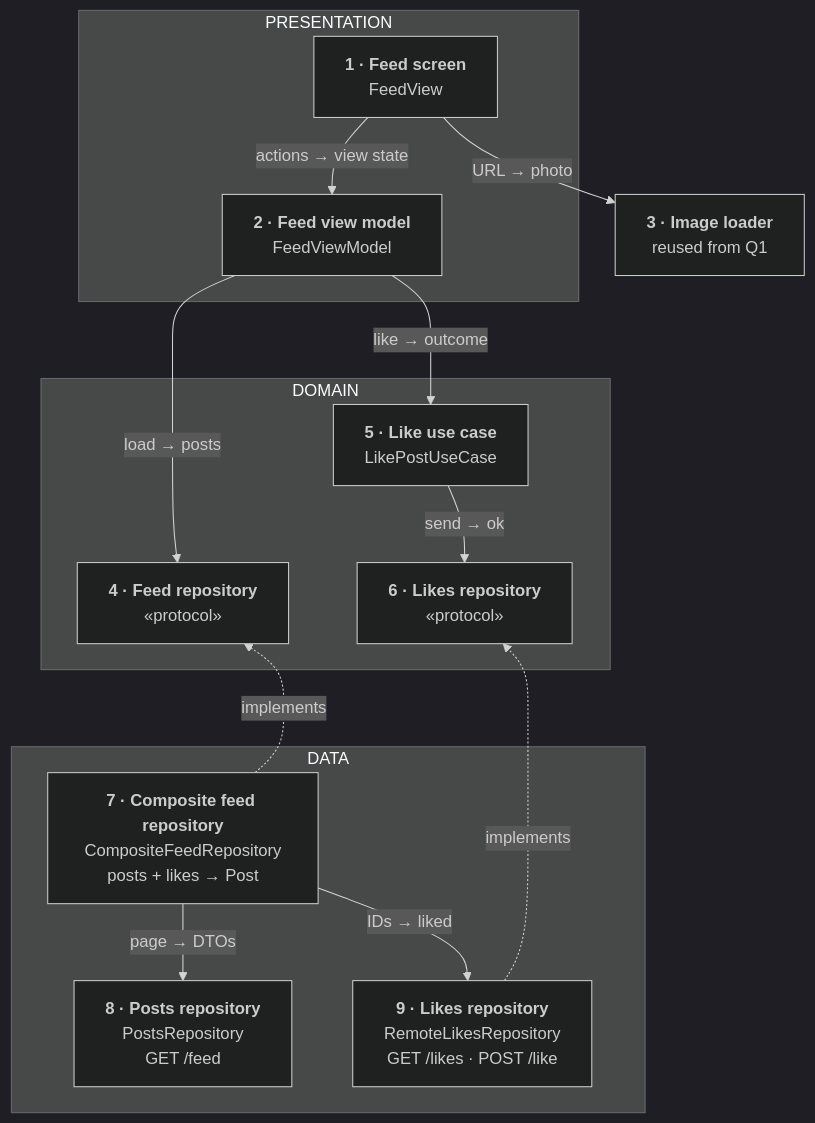
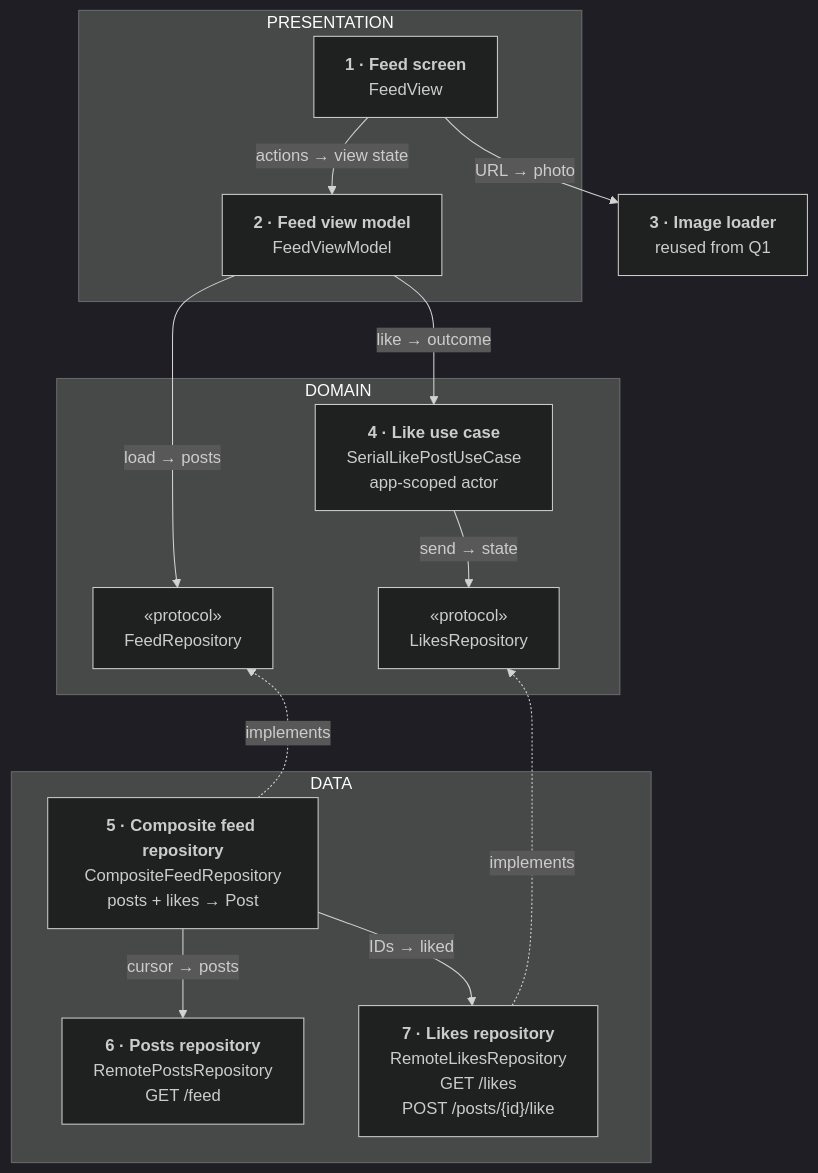
Before and after one commit to rezabina86/reference-desk: the first of 3 diagrams in topics/system-design/02-infinite-photo-feed.md, drawn with Mermaid (dark theme). The commit also changed other lines of this file and 19 other files, not shown here.

````diff
--- a/topics/system-design/02-infinite-photo-feed.md
+++ b/topics/system-design/02-infinite-photo-feed.md
@@ -125,44 +127,46 @@
 ```mermaid
 flowchart TB
   subgraph P["PRESENTATION"]
     View["`**1 · Feed screen**
 FeedView`"] -- "actions → view state" --> VM["`**2 · Feed view model**
 FeedViewModel`"]
   end
   Img["`**3 · Image loader**
 reused from Q1`"]
   subgraph D["DOMAIN"]
-    Feed["`**4 · Feed repository**
-«protocol»`"]
-    Like["`**5 · Like use case**
-LikePostUseCase`"]
-    Likes["`**6 · Likes repository**
-«protocol»`"]
+    Feed["`«protocol»
+FeedRepository`"]
+    Like["`**4 · Like use case**
+SerialLikePostUseCase
+app-scoped actor`"]
+    Likes["`«protocol»
+LikesRepository`"]
   end
   subgraph DA["DATA"]
-    Comp["`**7 · Composite feed repository**
+    Comp["`**5 · Composite feed repository**
 CompositeFeedRepository
 posts + likes → Post`"]
-    Posts["`**8 · Posts repository**
-PostsRepository
+    Posts["`**6 · Posts repository**
+RemotePostsRepository
 GET /feed`"]
-    LikesImpl["`**9 · Likes repository**
+    LikesImpl["`**7 · Likes repository**
 RemoteLikesRepository
-GET /likes · POST /like`"]
+GET /likes
+POST /posts/{id}/like`"]
   end
   View -- "URL → photo" --> Img
   VM -- "like → outcome" --> Like
-  Like -- "send → ok" --> Likes
+  Like -- "send → state" --> Likes
   Likes ~~~ LikesImpl
   LikesImpl -. "implements" .-> Likes
   VM -- "load → posts" --> Feed
   Like ~~~ Feed
   Feed ~~~ Comp
   Comp -. "implements" .-> Feed
-  Comp -- "page → DTOs" --> Posts
+  Comp -- "cursor → posts" --> Posts
   Comp -- "IDs → liked" --> LikesImpl
   class View,VM pres
   class Feed,Like,Likes dom
   class Comp,Posts,LikesImpl data
   class Img reuse
 ```
````
